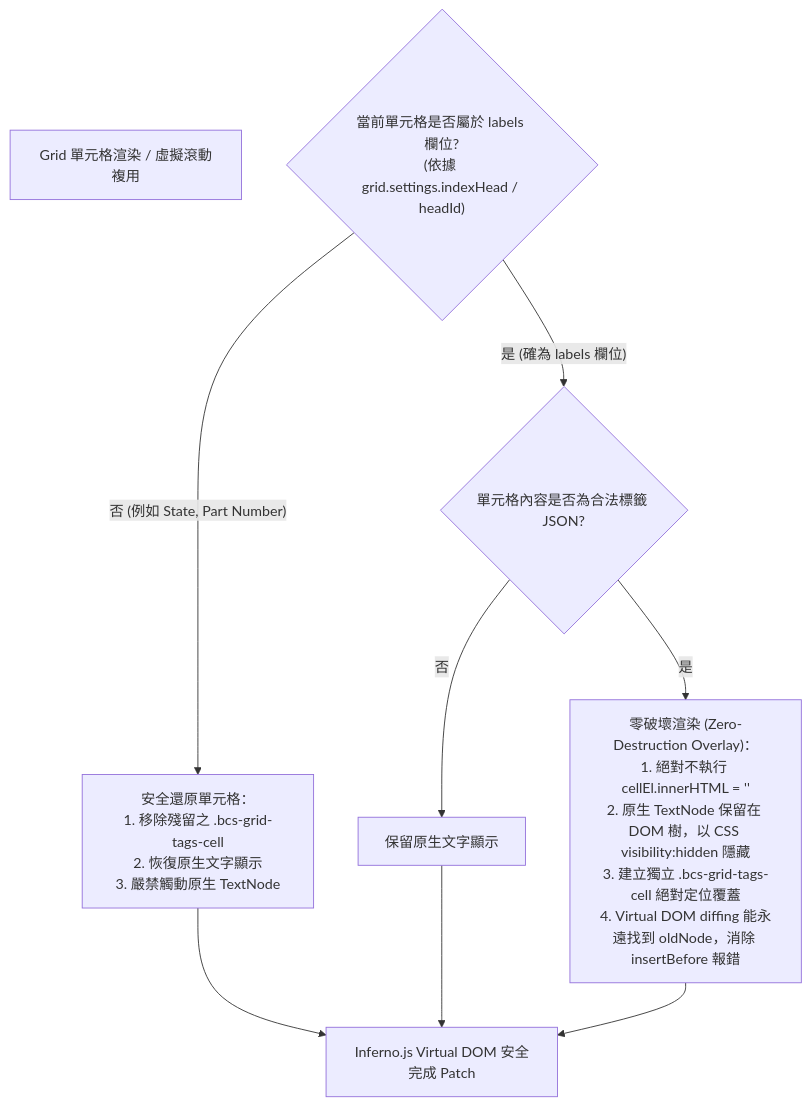
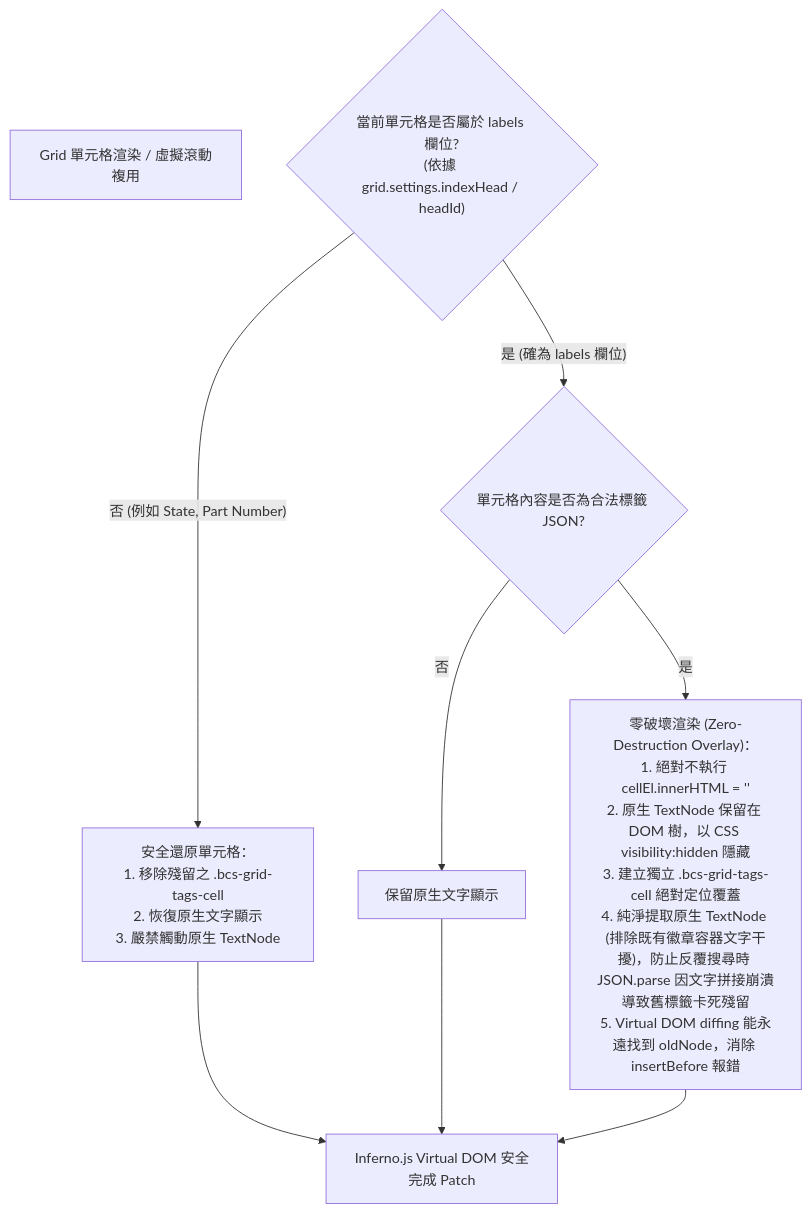
One commit to Jet0718/aras-label changed diagram 12 of 12 in spec.md. Above: the diagram before and after it, drawn with Mermaid. The commit also changed 4 other files, not shown here.

Commit message:
fix(grid): resolve label value mismatch on search by implementing clean TextNode extraction

````diff
--- a/spec.md
+++ b/spec.md
@@ -517,15 +517,15 @@
 ```mermaid
 flowchart TD
     CellEvent["Grid 單元格渲染 / 虛擬滾動複用"]
     CheckColumn{"當前單元格是否屬於 labels 欄位?<br/>(依據 grid.settings.indexHead / headId)"}
     
     CheckColumn -- 否 (例如 State, Part Number) --> RestoreCell["安全還原單元格：<br/>1. 移除殘留之 .bcs-grid-tags-cell<br/>2. 恢復原生文字顯示<br/>3. 嚴禁觸動原生 TextNode"]
     CheckColumn -- 是 (確為 labels 欄位) --> ParseJson{"單元格內容是否為合法標籤 JSON?"}
     
     ParseJson -- 否 --> KeepNative["保留原生文字顯示"]
-    ParseJson -- 是 --> ZeroDestruction["零破壞渲染 (Zero-Destruction Overlay)：<br/>1. 絕對不執行 cellEl.innerHTML = ''<br/>2. 原生 TextNode 保留在 DOM 樹，以 CSS visibility:hidden 隱藏<br/>3. 建立獨立 .bcs-grid-tags-cell 絕對定位覆蓋<br/>4. Virtual DOM diffing 能永遠找到 oldNode，消除 insertBefore 報錯"]
+    ParseJson -- 是 --> ZeroDestruction["零破壞渲染 (Zero-Destruction Overlay)：<br/>1. 絕對不執行 cellEl.innerHTML = ''<br/>2. 原生 TextNode 保留在 DOM 樹，以 CSS visibility:hidden 隱藏<br/>3. 建立獨立 .bcs-grid-tags-cell 絕對定位覆蓋<br/>4. 純淨提取原生 TextNode (排除既有徽章容器文字干擾)，防止反覆搜尋時 JSON.parse 因文字拼接崩潰導致舊標籤卡死殘留<br/>5. Virtual DOM diffing 能永遠找到 oldNode，消除 insertBefore 報錯"]
 
     RestoreCell --> InfernoDone["Inferno.js Virtual DOM 安全完成 Patch"]
     KeepNative --> InfernoDone
     ZeroDestruction --> InfernoDone
 ```
````
